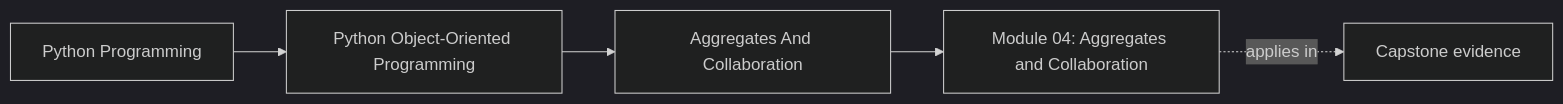
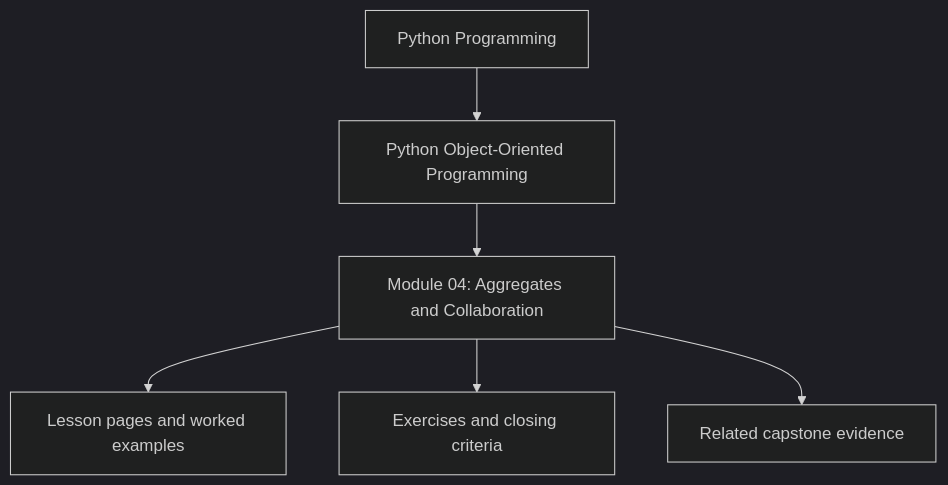
One commit to bijux/bijux-masterclass changed the first of 2 diagrams in programs/python-programming/python-object-oriented-programming/course-book/module-04-aggregates-and-collaboration/index.md. Above: the diagram before and after it, drawn with Mermaid (dark theme). The commit also changed other lines of this file and 10 other files, not shown here.

Commit message:
docs(python-object-oriented-programming): reposition module overview diagrams

````diff
--- a/programs/python-programming/python-object-oriented-programming/course-book/module-04-aggregates-and-collaboration/index.md
+++ b/programs/python-programming/python-object-oriented-programming/course-book/module-04-aggregates-and-collaboration/index.md
@@ -7,11 +7,8 @@
 ```mermaid
-graph LR
-  family["Python Programming"]
-  program["Python Object-Oriented Programming"]
-  section["Aggregates And Collaboration"]
-  page["Module 04: Aggregates and Collaboration"]
-  capstone["Capstone evidence"]
-
-  family --> program --> section --> page
-  page -.applies in.-> capstone
+flowchart TD
+  family["Python Programming"] --> program["Python Object-Oriented Programming"]
+  program --> module["Module 04: Aggregates and Collaboration"]
+  module --> lessons["Lesson pages and worked examples"]
+  module --> checkpoints["Exercises and closing criteria"]
+  module --> capstone["Related capstone evidence"]
 ```
````
